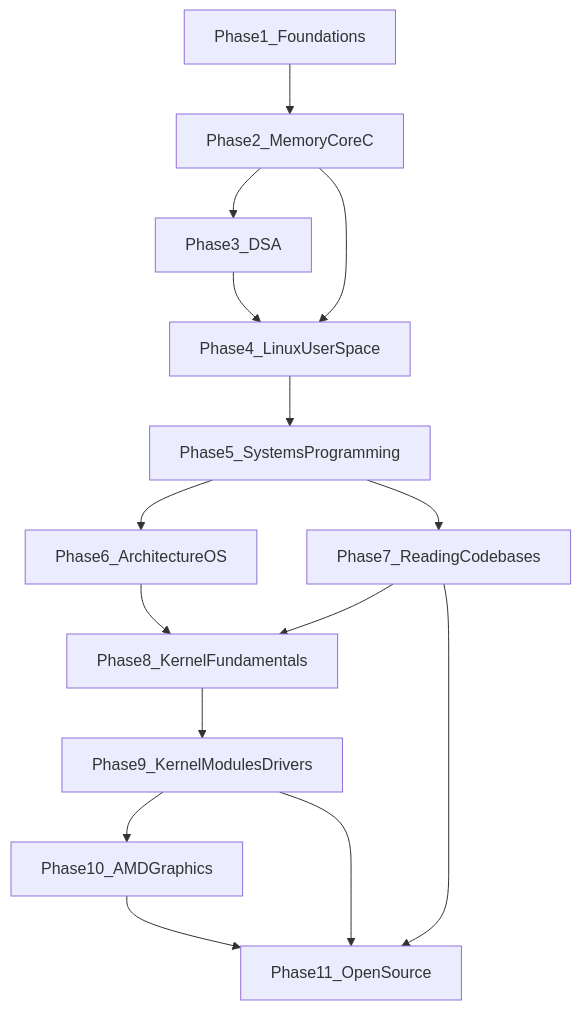
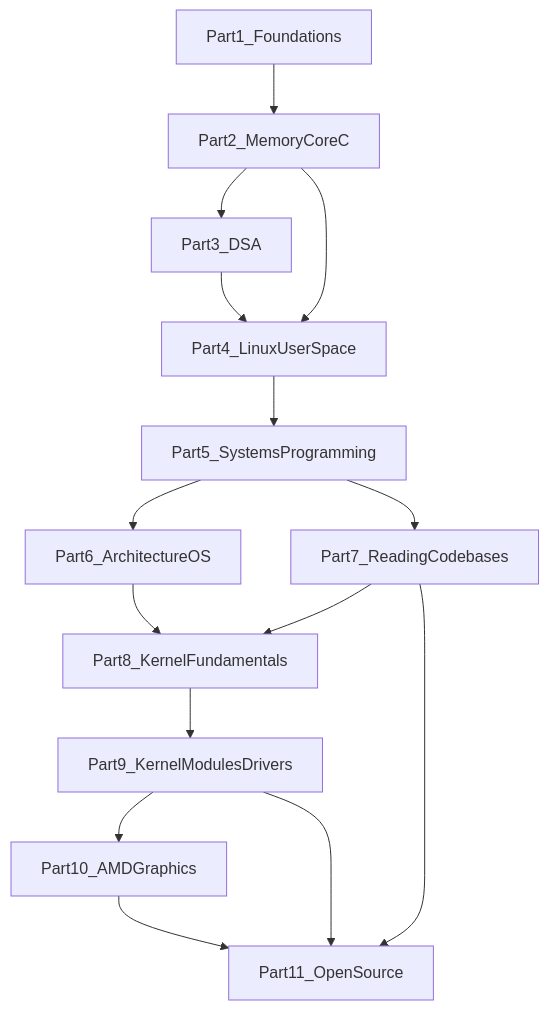
One commit to Harin23/learn-c changed the diagram in docs/dependency-graph.md. Above: the diagram before and after it, drawn with Mermaid. The commit also changed other lines of this file and 540 other files, not shown here.

````diff
--- a/docs/dependency-graph.md
+++ b/docs/dependency-graph.md
@@ -7,29 +7,29 @@
 ```mermaid
 flowchart TD
-    P1[Phase1_Foundations]
-    P2[Phase2_MemoryCoreC]
-    P3[Phase3_DSA]
-    P4[Phase4_LinuxUserSpace]
-    P5[Phase5_SystemsProgramming]
-    P6[Phase6_ArchitectureOS]
-    P7[Phase7_ReadingCodebases]
-    P8[Phase8_KernelFundamentals]
-    P9[Phase9_KernelModulesDrivers]
-    P10[Phase10_AMDGraphics]
-    P11[Phase11_OpenSource]
+    Part1[Part1_Foundations]
+    Part2[Part2_MemoryCoreC]
+    Part3[Part3_DSA]
+    Part4[Part4_LinuxUserSpace]
+    Part5[Part5_SystemsProgramming]
+    Part6[Part6_ArchitectureOS]
+    Part7[Part7_ReadingCodebases]
+    Part8[Part8_KernelFundamentals]
+    Part9[Part9_KernelModulesDrivers]
+    Part10[Part10_AMDGraphics]
+    Part11[Part11_OpenSource]
 
-    P1 --> P2
-    P2 --> P3
-    P2 --> P4
-    P3 --> P4
-    P4 --> P5
-    P5 --> P6
-    P5 --> P7
-    P6 --> P8
-    P7 --> P8
-    P8 --> P9
-    P9 --> P10
-    P7 --> P11
-    P9 --> P11
-    P10 --> P11
+    Part1 --> Part2
+    Part2 --> Part3
+    Part2 --> Part4
+    Part3 --> Part4
+    Part4 --> Part5
+    Part5 --> Part6
+    Part5 --> Part7
+    Part6 --> Part8
+    Part7 --> Part8
+    Part8 --> Part9
+    Part9 --> Part10
+    Part7 --> Part11
+    Part9 --> Part11
+    Part10 --> Part11
 ```
````
